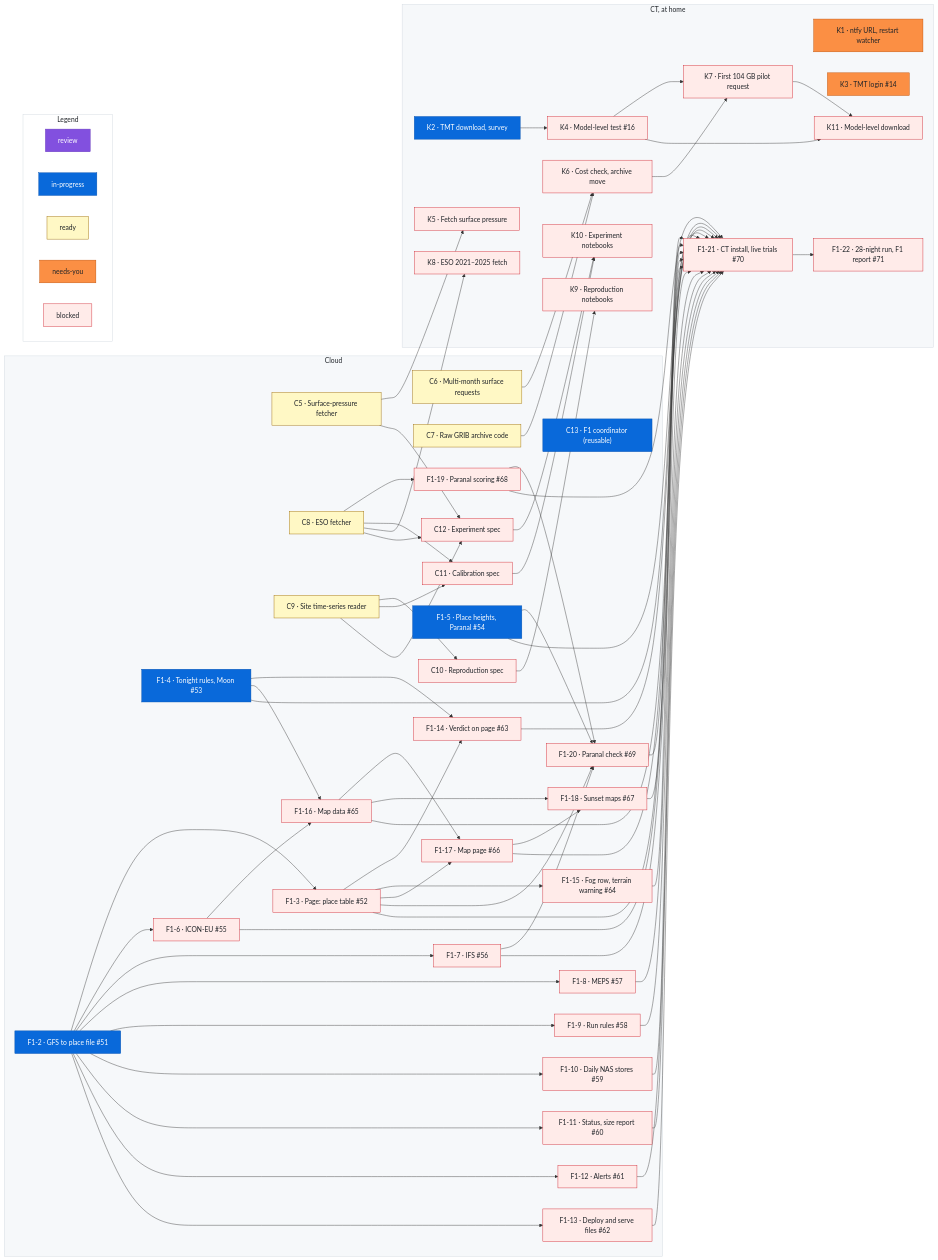
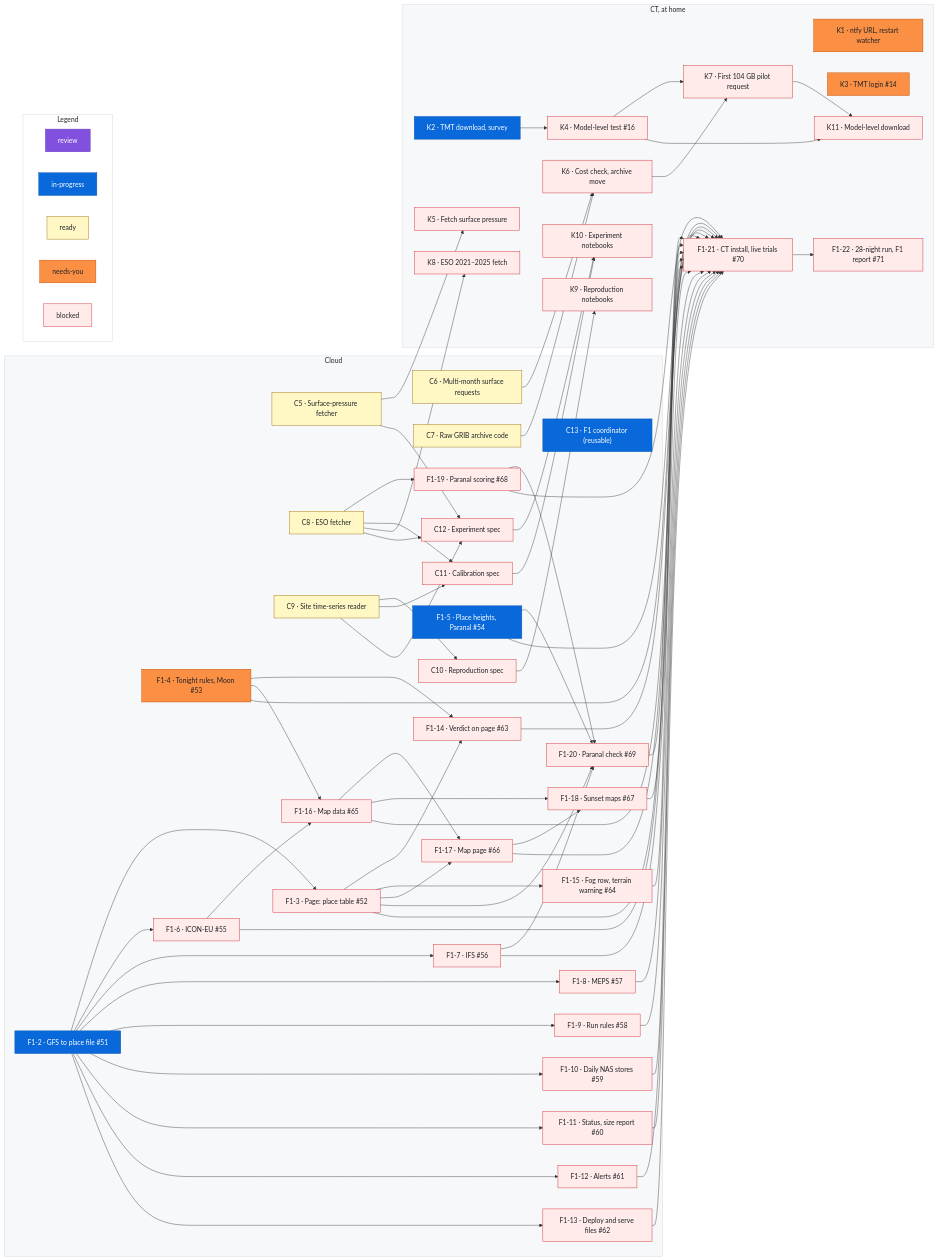
The diagram in docs/roadmap.md (rrweller/Astro-seeing), drawn with Mermaid before and after one commit. The commit also changed other lines of this file, not shown here.

Commit message:
roadmap: F1-4 in-progress → needs-you

```diff
--- a/docs/roadmap.md
+++ b/docs/roadmap.md
@@ -248,7 +248,7 @@
   %% ---
   class F1_3 blocked
   %% ---
-  class F1_4 inprogress
+  class F1_4 needsyou
   %% ---
   class F1_5 inprogress
   %% ---
```
